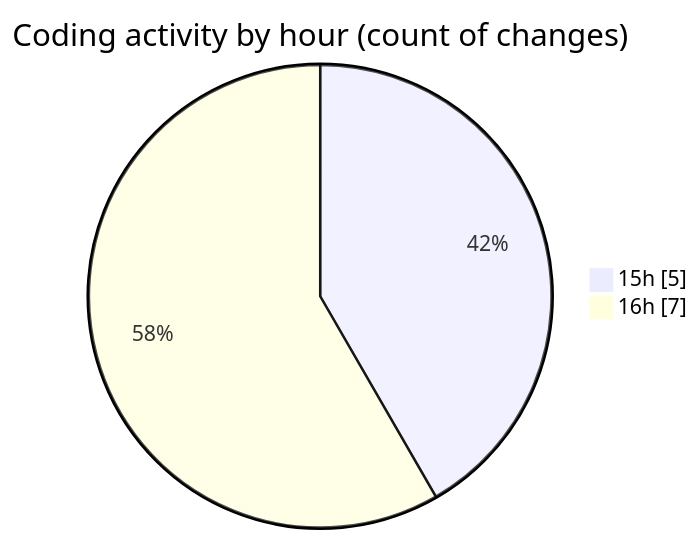
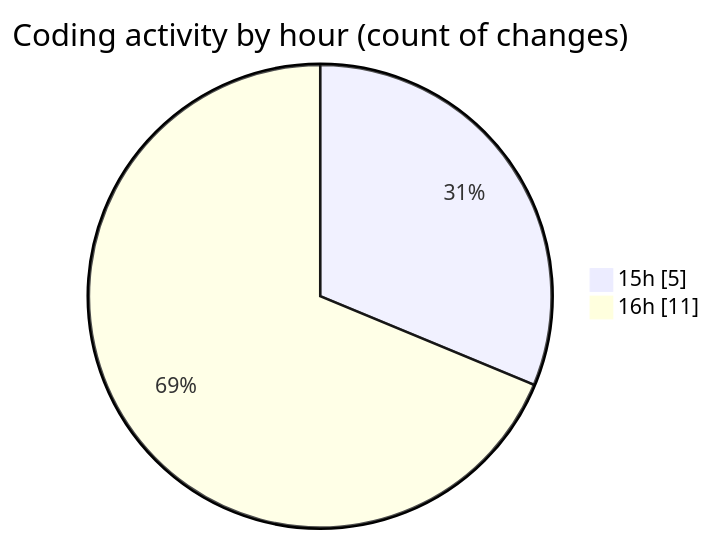
The second of 2 diagrams in 2025-07-22/fish/README.md (EIIisD/code-tracking), drawn with Mermaid before and after one commit. The commit also changed other lines of this file and 1 other file, not shown here.

````diff
--- a/2025-07-22/fish/README.md
+++ b/2025-07-22/fish/README.md
@@ -30,6 +30,6 @@
 ```mermaid
 pie showData
 title Coding activity by hour (count of changes)
 "15h" : 5
-"16h" : 7
+"16h" : 11
 ```
````
